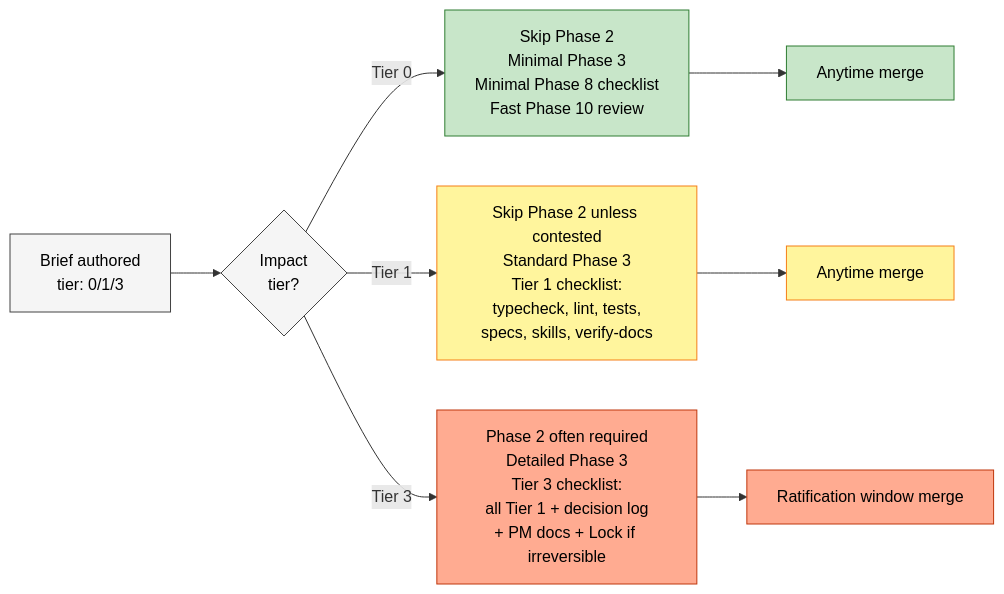
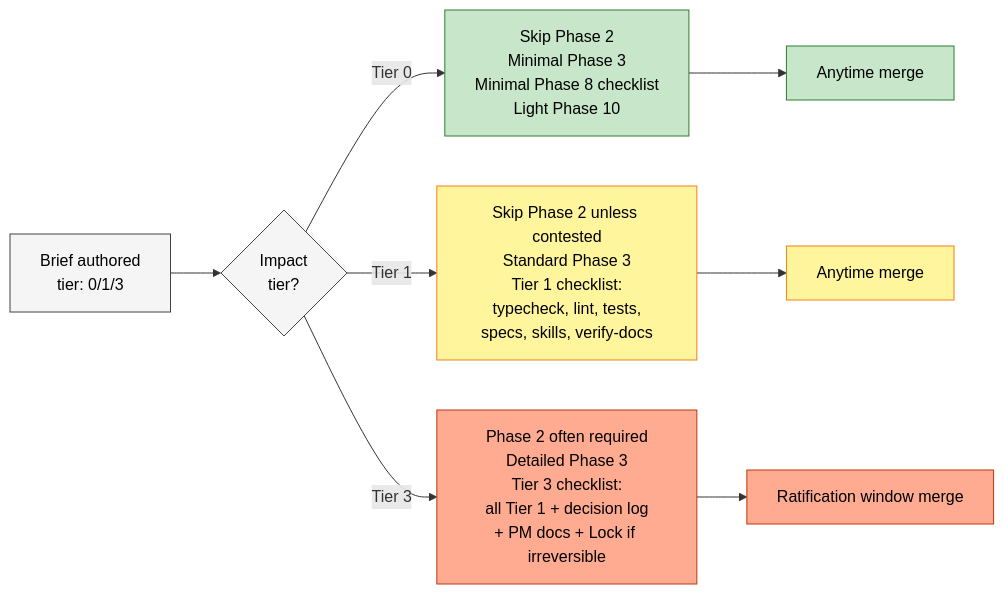
Before and after one commit to atta-labs/attalabs: the sixth of 6 diagrams in project-management/diagrams/process-flow.md, drawn with Mermaid. The commit also changed other lines of this file, not shown here.

Commit message:
Docs: rewrite process-flow diagram to endorsed design — Phase 0 iteration planning (Planner→Issues+thin file), derived status (no status:* labels), brief into PR body, task/<iteration>/<n>, dispatch gates, explicit code-reviewer+security passes, tool-neutral escalation, Archivist close-out

````diff
--- a/project-management/diagrams/process-flow.md
+++ b/project-management/diagrams/process-flow.md
@@ -301,22 +320,22 @@
 ```mermaid
 flowchart LR
     Brief[Brief authored<br/>tier: 0/1/3] --> Tier{Impact<br/>tier?}
 
-    Tier -->|Tier 0| T0[Skip Phase 2<br/>Minimal Phase 3<br/>Minimal Phase 8 checklist<br/>Fast Phase 10 review]
+    Tier -->|Tier 0| T0[Skip Phase 2<br/>Minimal Phase 3<br/>Minimal Phase 8 checklist<br/>Light Phase 10]
     Tier -->|Tier 1| T1[Skip Phase 2 unless contested<br/>Standard Phase 3<br/>Tier 1 checklist:<br/>typecheck, lint, tests,<br/>specs, skills, verify-docs]
     Tier -->|Tier 3| T3[Phase 2 often required<br/>Detailed Phase 3<br/>Tier 3 checklist:<br/>all Tier 1 + decision log<br/>+ PM docs + Lock if irreversible]
 
     T0 --> Merge0[Anytime merge]
     T1 --> Merge1[Anytime merge]
     T3 --> Merge3[Ratification window merge]
 
     classDef tier0 fill:#c8e6c9,stroke:#2e7d32,color:#000
     classDef tier1 fill:#fff59d,stroke:#f57f17,color:#000
     classDef tier3 fill:#ffab91,stroke:#bf360c,color:#000
     classDef neutral fill:#f5f5f5,stroke:#424242,color:#000
 
     class T0,Merge0 tier0
     class T1,Merge1 tier1
     class T3,Merge3 tier3
     class Brief,Tier neutral
 ```
````
